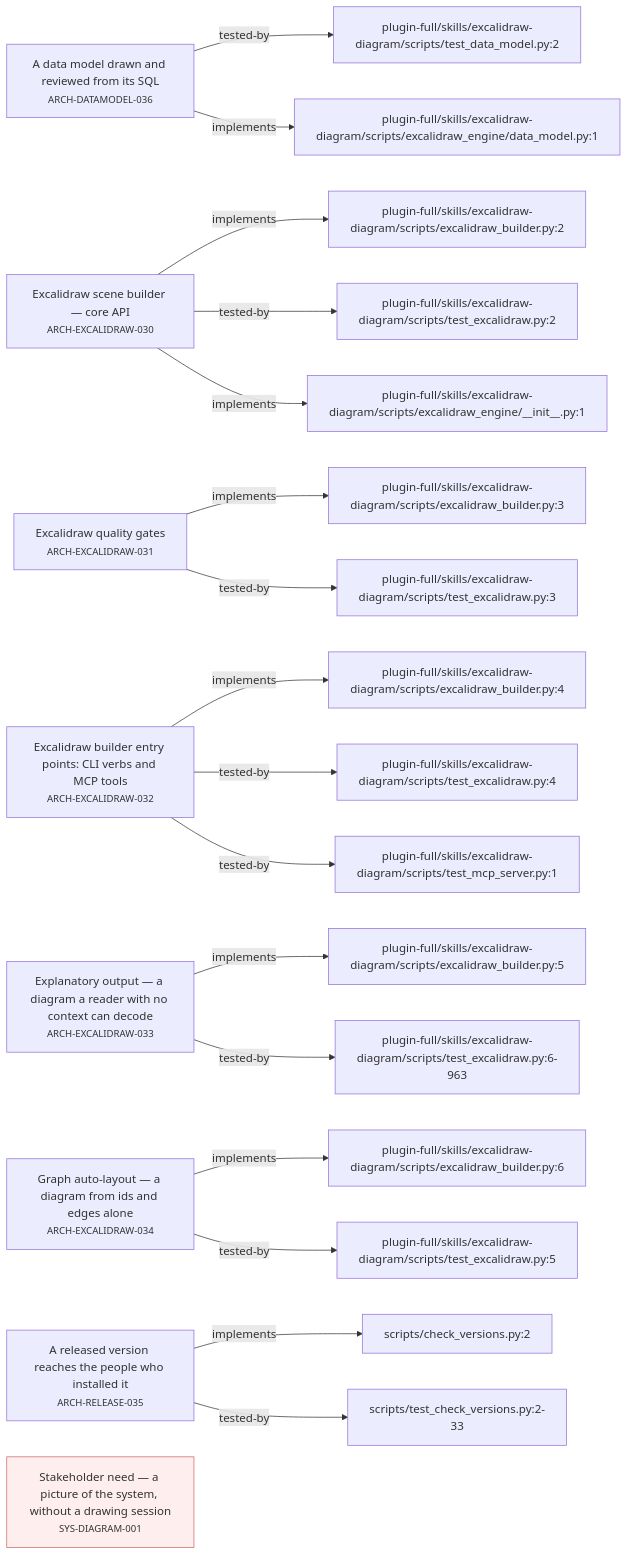
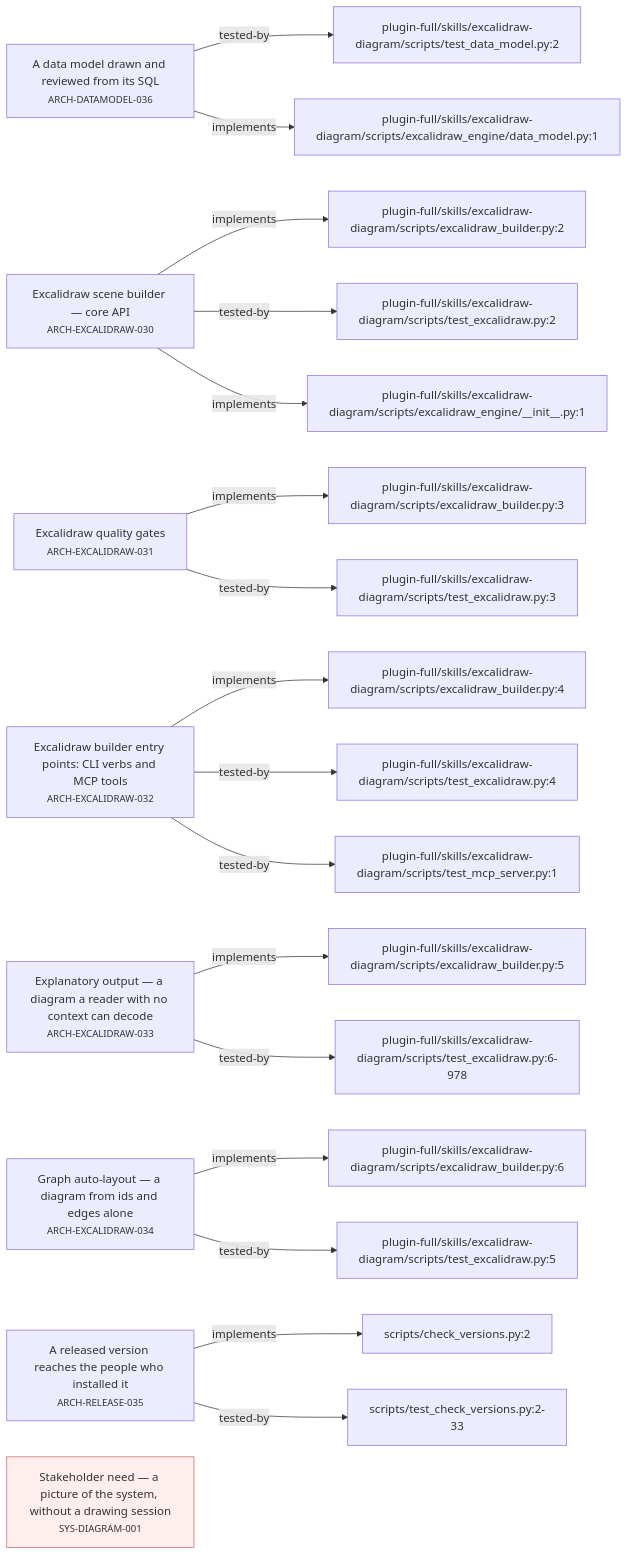
One commit to alxmax/excalidraw-diagram changed the second of 4 diagrams in requirements/_map.md. Above: the diagram before and after it, drawn with Mermaid. The commit also changed 7 other files, not shown here.

````diff
--- a/requirements/_map.md
+++ b/requirements/_map.md
@@ -79,44 +79,44 @@
 ```mermaid
 graph LR
   ARCH_DATAMODEL_036["A data model drawn and reviewed from its SQL<br><small>ARCH-DATAMODEL-036</small>"]
   f_plugin_full_skills_excalidraw_diagram_scripts_test_data_model_py_2["plugin-full/skills/excalidraw-diagram/scripts/test_data_model.py:2"]
   ARCH_DATAMODEL_036 -->|tested-by| f_plugin_full_skills_excalidraw_diagram_scripts_test_data_model_py_2
   f_plugin_full_skills_excalidraw_diagram_scripts_excalidraw_engine_data_model_py_1["plugin-full/skills/excalidraw-diagram/scripts/excalidraw_engine/data_model.py:1"]
   ARCH_DATAMODEL_036 -->|implements| f_plugin_full_skills_excalidraw_diagram_scripts_excalidraw_engine_data_model_py_1
   ARCH_EXCALIDRAW_030["Excalidraw scene builder — core API<br><small>ARCH-EXCALIDRAW-030</small>"]
   f_plugin_full_skills_excalidraw_diagram_scripts_excalidraw_builder_py_2["plugin-full/skills/excalidraw-diagram/scripts/excalidraw_builder.py:2"]
   ARCH_EXCALIDRAW_030 -->|implements| f_plugin_full_skills_excalidraw_diagram_scripts_excalidraw_builder_py_2
   f_plugin_full_skills_excalidraw_diagram_scripts_test_excalidraw_py_2["plugin-full/skills/excalidraw-diagram/scripts/test_excalidraw.py:2"]
   ARCH_EXCALIDRAW_030 -->|tested-by| f_plugin_full_skills_excalidraw_diagram_scripts_test_excalidraw_py_2
   f_plugin_full_skills_excalidraw_diagram_scripts_excalidraw_engine___init___py_1["plugin-full/skills/excalidraw-diagram/scripts/excalidraw_engine/__init__.py:1"]
   ARCH_EXCALIDRAW_030 -->|implements| f_plugin_full_skills_excalidraw_diagram_scripts_excalidraw_engine___init___py_1
   ARCH_EXCALIDRAW_031["Excalidraw quality gates<br><small>ARCH-EXCALIDRAW-031</small>"]
   f_plugin_full_skills_excalidraw_diagram_scripts_excalidraw_builder_py_3["plugin-full/skills/excalidraw-diagram/scripts/excalidraw_builder.py:3"]
   ARCH_EXCALIDRAW_031 -->|implements| f_plugin_full_skills_excalidraw_diagram_scripts_excalidraw_builder_py_3
   f_plugin_full_skills_excalidraw_diagram_scripts_test_excalidraw_py_3["plugin-full/skills/excalidraw-diagram/scripts/test_excalidraw.py:3"]
   ARCH_EXCALIDRAW_031 -->|tested-by| f_plugin_full_skills_excalidraw_diagram_scripts_test_excalidraw_py_3
   ARCH_EXCALIDRAW_032["Excalidraw builder entry points: CLI verbs and MCP tools<br><small>ARCH-EXCALIDRAW-032</small>"]
   f_plugin_full_skills_excalidraw_diagram_scripts_excalidraw_builder_py_4["plugin-full/skills/excalidraw-diagram/scripts/excalidraw_builder.py:4"]
   ARCH_EXCALIDRAW_032 -->|implements| f_plugin_full_skills_excalidraw_diagram_scripts_excalidraw_builder_py_4
   f_plugin_full_skills_excalidraw_diagram_scripts_test_excalidraw_py_4["plugin-full/skills/excalidraw-diagram/scripts/test_excalidraw.py:4"]
   ARCH_EXCALIDRAW_032 -->|tested-by| f_plugin_full_skills_excalidraw_diagram_scripts_test_excalidraw_py_4
   f_plugin_full_skills_excalidraw_diagram_scripts_test_mcp_server_py_1["plugin-full/skills/excalidraw-diagram/scripts/test_mcp_server.py:1"]
   ARCH_EXCALIDRAW_032 -->|tested-by| f_plugin_full_skills_excalidraw_diagram_scripts_test_mcp_server_py_1
   ARCH_EXCALIDRAW_033["Explanatory output — a diagram a reader with no context can decode<br><small>ARCH-EXCALIDRAW-033</small>"]
   f_plugin_full_skills_excalidraw_diagram_scripts_excalidraw_builder_py_5["plugin-full/skills/excalidraw-diagram/scripts/excalidraw_builder.py:5"]
   ARCH_EXCALIDRAW_033 -->|implements| f_plugin_full_skills_excalidraw_diagram_scripts_excalidraw_builder_py_5
-  f_plugin_full_skills_excalidraw_diagram_scripts_test_excalidraw_py_6_963["plugin-full/skills/excalidraw-diagram/scripts/test_excalidraw.py:6-963"]
-  ARCH_EXCALIDRAW_033 -->|tested-by| f_plugin_full_skills_excalidraw_diagram_scripts_test_excalidraw_py_6_963
+  f_plugin_full_skills_excalidraw_diagram_scripts_test_excalidraw_py_6_978["plugin-full/skills/excalidraw-diagram/scripts/test_excalidraw.py:6-978"]
+  ARCH_EXCALIDRAW_033 -->|tested-by| f_plugin_full_skills_excalidraw_diagram_scripts_test_excalidraw_py_6_978
   ARCH_EXCALIDRAW_034["Graph auto-layout — a diagram from ids and edges alone<br><small>ARCH-EXCALIDRAW-034</small>"]
   f_plugin_full_skills_excalidraw_diagram_scripts_excalidraw_builder_py_6["plugin-full/skills/excalidraw-diagram/scripts/excalidraw_builder.py:6"]
   ARCH_EXCALIDRAW_034 -->|implements| f_plugin_full_skills_excalidraw_diagram_scripts_excalidraw_builder_py_6
   f_plugin_full_skills_excalidraw_diagram_scripts_test_excalidraw_py_5["plugin-full/skills/excalidraw-diagram/scripts/test_excalidraw.py:5"]
   ARCH_EXCALIDRAW_034 -->|tested-by| f_plugin_full_skills_excalidraw_diagram_scripts_test_excalidraw_py_5
   ARCH_RELEASE_035["A released version reaches the people who installed it<br><small>ARCH-RELEASE-035</small>"]
   f_scripts_check_versions_py_2["scripts/check_versions.py:2"]
   ARCH_RELEASE_035 -->|implements| f_scripts_check_versions_py_2
   f_scripts_test_check_versions_py_2_33["scripts/test_check_versions.py:2-33"]
   ARCH_RELEASE_035 -->|tested-by| f_scripts_test_check_versions_py_2_33
   SYS_DIAGRAM_001["Stakeholder need — a picture of the system, without a drawing session<br><small>SYS-DIAGRAM-001</small>"]
   style SYS_DIAGRAM_001 fill:#fee,stroke:#c66
 ```
````
